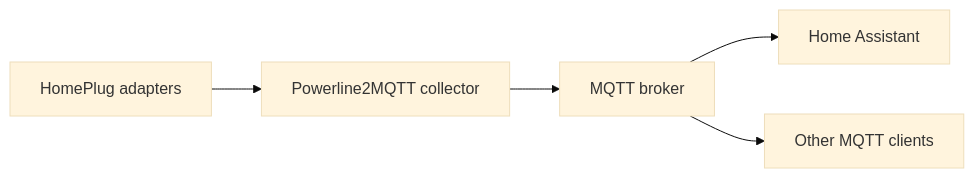
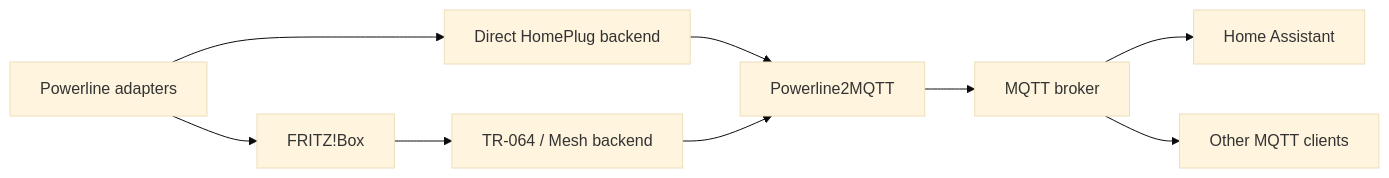
One commit to ChristophKomenda/powerline2mqtt changed the diagram in README.md. Above: the diagram before and after it, drawn with Mermaid (base theme). The commit also changed other lines of this file and 5 other files, not shown here.

````diff
--- a/README.md
+++ b/README.md
@@ -33,7 +39,11 @@
 ```mermaid
 flowchart LR
-  A[HomePlug adapters] --> B[Powerline2MQTT collector]
-  B --> C[MQTT broker]
-  C --> D[Home Assistant]
-  C --> E[Other MQTT clients]
+    A[Powerline adapters] --> B[Direct HomePlug backend]
+    A --> C[FRITZ!Box]
+    C --> D[TR-064 / Mesh backend]
+    B --> E[Powerline2MQTT]
+    D --> E
+    E --> F[MQTT broker]
+    F --> G[Home Assistant]
+    F --> H[Other MQTT clients]
 ```
````
